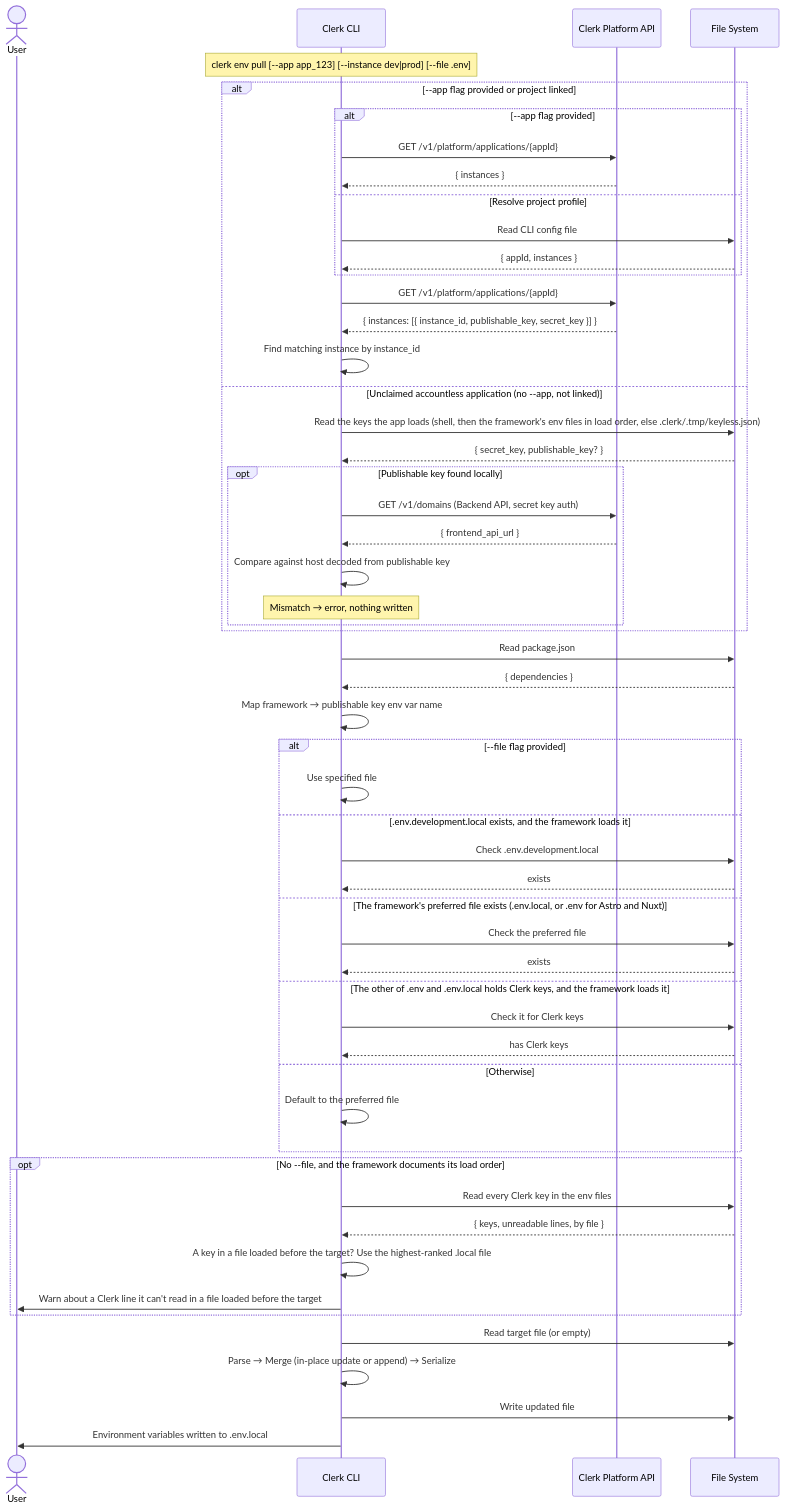
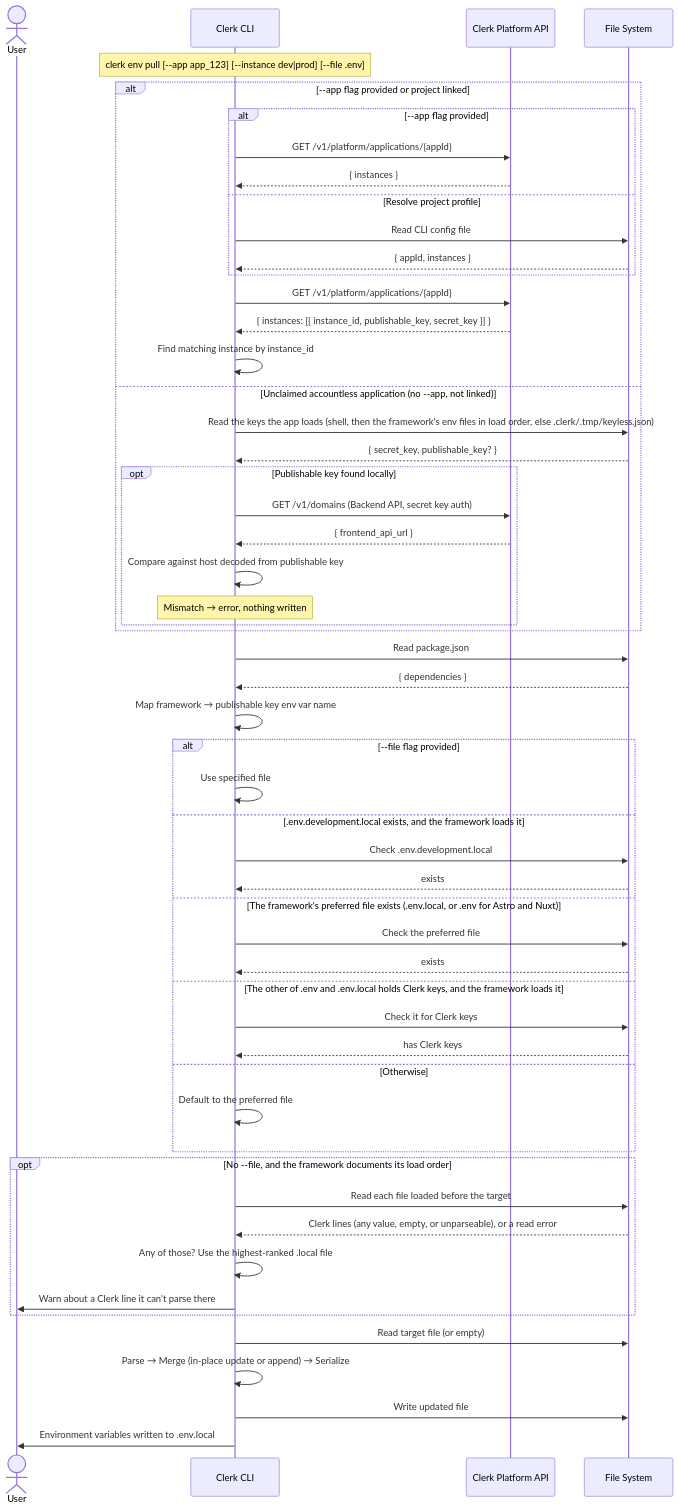
One commit to clerk/cli changed the diagram in packages/cli-core/src/commands/env/README.md. Above: the diagram before and after it, drawn with Mermaid. The commit also changed other lines of this file and 3 other files, not shown here.

First line of the commit message:
Redirect env pull past any Clerk line ranked above

````diff
--- a/packages/cli-core/src/commands/env/README.md
+++ b/packages/cli-core/src/commands/env/README.md
@@ -30,66 +30,66 @@
 ```mermaid
 sequenceDiagram
     actor User
     participant CLI as Clerk CLI
     participant API as Clerk Platform API
     participant FS as File System
 
     Note over CLI: clerk env pull [--app app_123] [--instance dev|prod] [--file .env]
 
     alt --app flag provided or project linked
         alt --app flag provided
             CLI->>API: GET /v1/platform/applications/{appId}
             API-->>CLI: { instances }
         else Resolve project profile
             CLI->>FS: Read CLI config file
             FS-->>CLI: { appId, instances }
         end
 
         %% Fetch application with keys
         CLI->>API: GET /v1/platform/applications/{appId}
         API-->>CLI: { instances: [{ instance_id, publishable_key, secret_key }] }
         CLI->>CLI: Find matching instance by instance_id
     else Unclaimed accountless application (no --app, not linked)
         CLI->>FS: Read the keys the app loads (shell, then the framework's env files in load order, else .clerk/.tmp/keyless.json)
         FS-->>CLI: { secret_key, publishable_key? }
         opt Publishable key found locally
             CLI->>API: GET /v1/domains (Backend API, secret key auth)
             API-->>CLI: { frontend_api_url }
             CLI->>CLI: Compare against host decoded from publishable key
             Note over CLI: Mismatch → error, nothing written
         end
     end
 
     %% Detect framework
     CLI->>FS: Read package.json
     FS-->>CLI: { dependencies }
     CLI->>CLI: Map framework → publishable key env var name
 
     %% Resolve target file (only files the framework loads, when it documents its order)
     alt --file flag provided
         CLI->>CLI: Use specified file
     else .env.development.local exists, and the framework loads it
         CLI->>FS: Check .env.development.local
         FS-->>CLI: exists
     else The framework's preferred file exists (.env.local, or .env for Astro and Nuxt)
         CLI->>FS: Check the preferred file
         FS-->>CLI: exists
     else The other of .env and .env.local holds Clerk keys, and the framework loads it
         CLI->>FS: Check it for Clerk keys
         FS-->>CLI: has Clerk keys
     else Otherwise
         CLI->>CLI: Default to the preferred file
     end
     opt No --file, and the framework documents its load order
-        CLI->>FS: Read every Clerk key in the env files
-        FS-->>CLI: { keys, unreadable lines, by file }
-        CLI->>CLI: A key in a file loaded before the target? Use the highest-ranked .local file
-        CLI->>User: Warn about a Clerk line it can't read in a file loaded before the target
+        CLI->>FS: Read each file loaded before the target
+        FS-->>CLI: Clerk lines (any value, empty, or unparseable), or a read error
+        CLI->>CLI: Any of those? Use the highest-ranked .local file
+        CLI->>User: Warn about a Clerk line it can't parse there
     end
 
     %% Read, merge, write
     CLI->>FS: Read target file (or empty)
     CLI->>CLI: Parse → Merge (in-place update or append) → Serialize
     CLI->>FS: Write updated file
     CLI->>User: Environment variables written to .env.local
 ```
````
